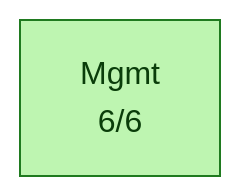
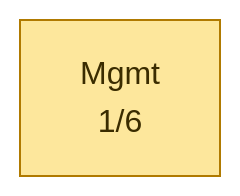
One commit to bbaranoff/tests changed the first of 2 diagrams in pytest/reseau/test_results.md. Above: the diagram before and after it, drawn with Mermaid. The commit also changed other lines of this file and 129 other files, not shown here.

````diff
--- a/pytest/reseau/test_results.md
+++ b/pytest/reseau/test_results.md
@@ -55,10 +44,10 @@
 ```mermaid
 graph LR
   classDef pass    fill:#bef5b1,stroke:#1f7a1f,color:#0a3d0a;
   classDef partial fill:#fde79c,stroke:#b07a00,color:#3a2c00;
   classDef fail    fill:#fbb4b4,stroke:#a31a1a,color:#5a0000;
   classDef skip    fill:#e0e0e0,stroke:#6a6a6a,color:#333;
   classDef brk  fill:#ff5252,stroke:#990000,color:#fff,stroke-width:3px;
-  P_Mgmt["Mgmt<br/>6/6"]
-  class P_Mgmt pass;
+  P_Mgmt["Mgmt<br/>1/6"]
+  class P_Mgmt partial;
 ```
````
